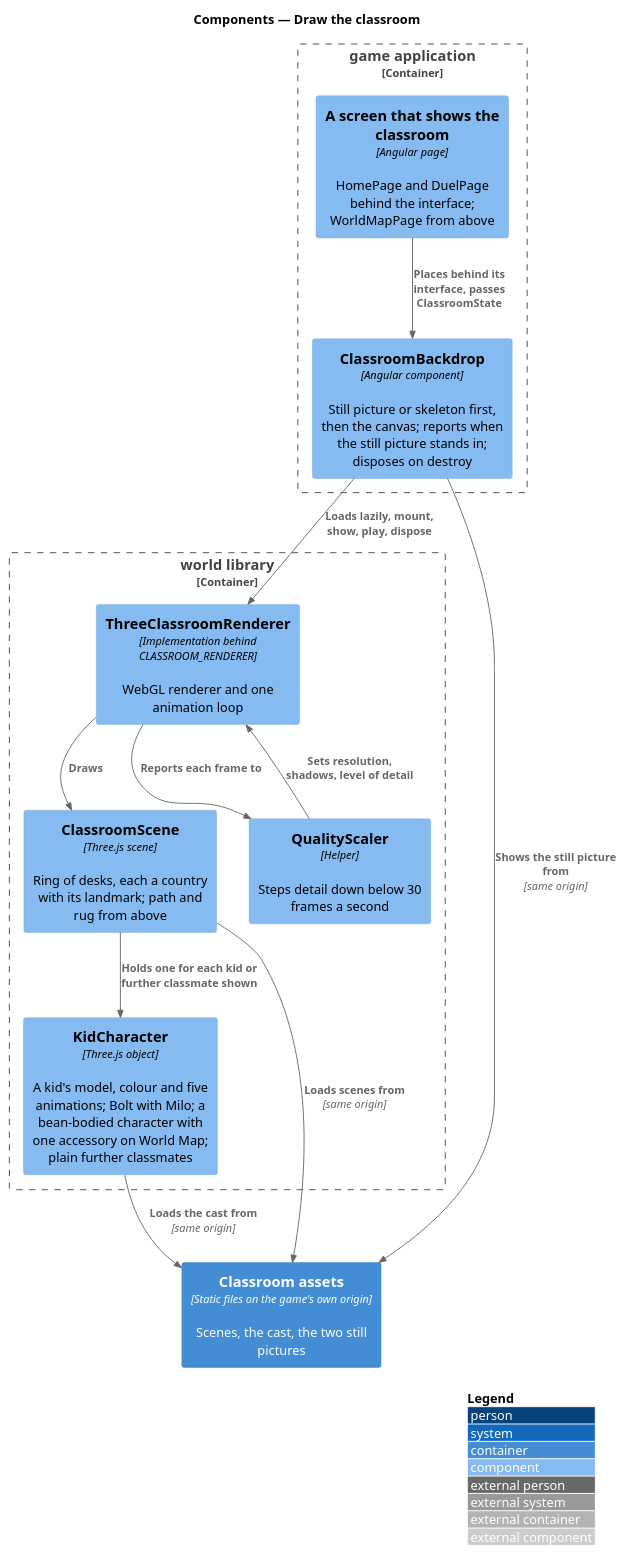
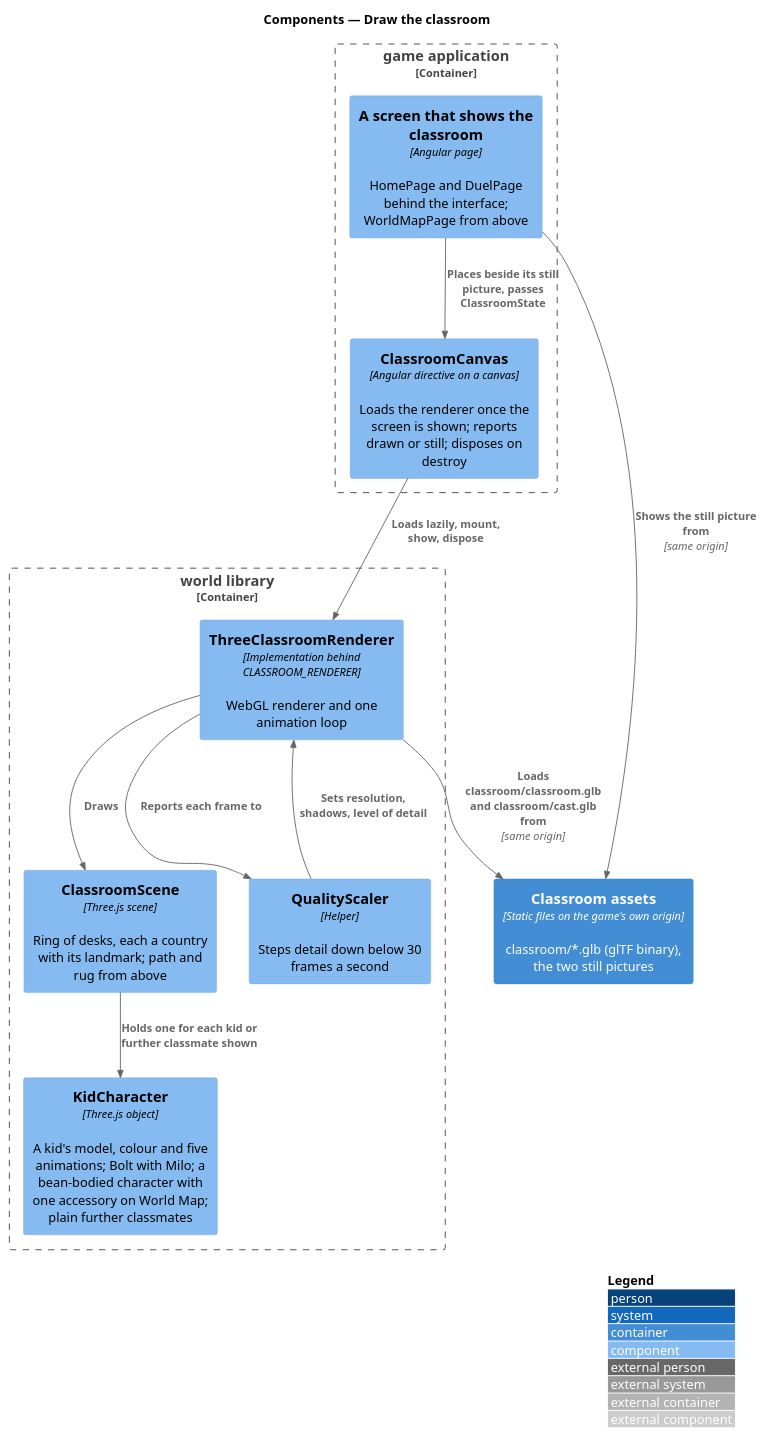
One commit to QuinntyneBrown/around-the-world changed the diagram in docs/detailed-designs/classroom/draw-classroom/diagrams/c4-component.puml. Above: the diagram before and after it, drawn with PlantUML. The commit also changed 12 other files, not shown here.

First line of the commit message:
Record how the classroom is drawn: its scenes, stand-in, plan and detail

```diff
--- a/docs/detailed-designs/classroom/draw-classroom/diagrams/c4-component.puml
+++ b/docs/detailed-designs/classroom/draw-classroom/diagrams/c4-component.puml
@@ -1,27 +1,26 @@
 @startuml
 !include <C4/C4_Component>
 LAYOUT_WITH_LEGEND()
 title Components — Draw the classroom
 
 Container_Boundary(game, "game application") {
   Component(screen, "A screen that shows the classroom", "Angular page", "HomePage and DuelPage behind the interface; WorldMapPage from above")
-  Component(backdrop, "ClassroomBackdrop", "Angular component", "Still picture or skeleton first, then the canvas; reports when the still picture stands in; disposes on destroy")
+  Component(backdrop, "ClassroomCanvas", "Angular directive on a canvas", "Loads the renderer once the screen is shown; reports drawn or still; disposes on destroy")
 }
 Container_Boundary(world, "world library") {
   Component(renderer, "ThreeClassroomRenderer", "Implementation behind CLASSROOM_RENDERER", "WebGL renderer and one animation loop")
   Component(scene, "ClassroomScene", "Three.js scene", "Ring of desks, each a country with its landmark; path and rug from above")
   Component(kid, "KidCharacter", "Three.js object", "A kid's model, colour and five animations; Bolt with Milo; a bean-bodied character with one accessory on World Map; plain further classmates")
   Component(scaler, "QualityScaler", "Helper", "Steps detail down below 30 frames a second")
 }
-Container(assets, "Classroom assets", "Static files on the game's own origin", "Scenes, the cast, the two still pictures")
+Container(assets, "Classroom assets", "Static files on the game's own origin", "classroom/*.glb (glTF binary), the two still pictures")
 
-Rel(screen, backdrop, "Places behind its interface, passes ClassroomState")
-Rel(backdrop, renderer, "Loads lazily, mount, show, play, dispose")
-Rel(backdrop, assets, "Shows the still picture from", "same origin")
+Rel(screen, backdrop, "Places beside its still picture, passes ClassroomState")
+Rel(backdrop, renderer, "Loads lazily, mount, show, dispose")
+Rel(screen, assets, "Shows the still picture from", "same origin")
 Rel(renderer, scene, "Draws")
 Rel(scene, kid, "Holds one for each kid or further classmate shown")
 Rel(renderer, scaler, "Reports each frame to")
 Rel(scaler, renderer, "Sets resolution, shadows, level of detail")
-Rel(scene, assets, "Loads scenes from", "same origin")
-Rel(kid, assets, "Loads the cast from", "same origin")
+Rel(renderer, assets, "Loads classroom/classroom.glb and classroom/cast.glb from", "same origin")
 @enduml
```
